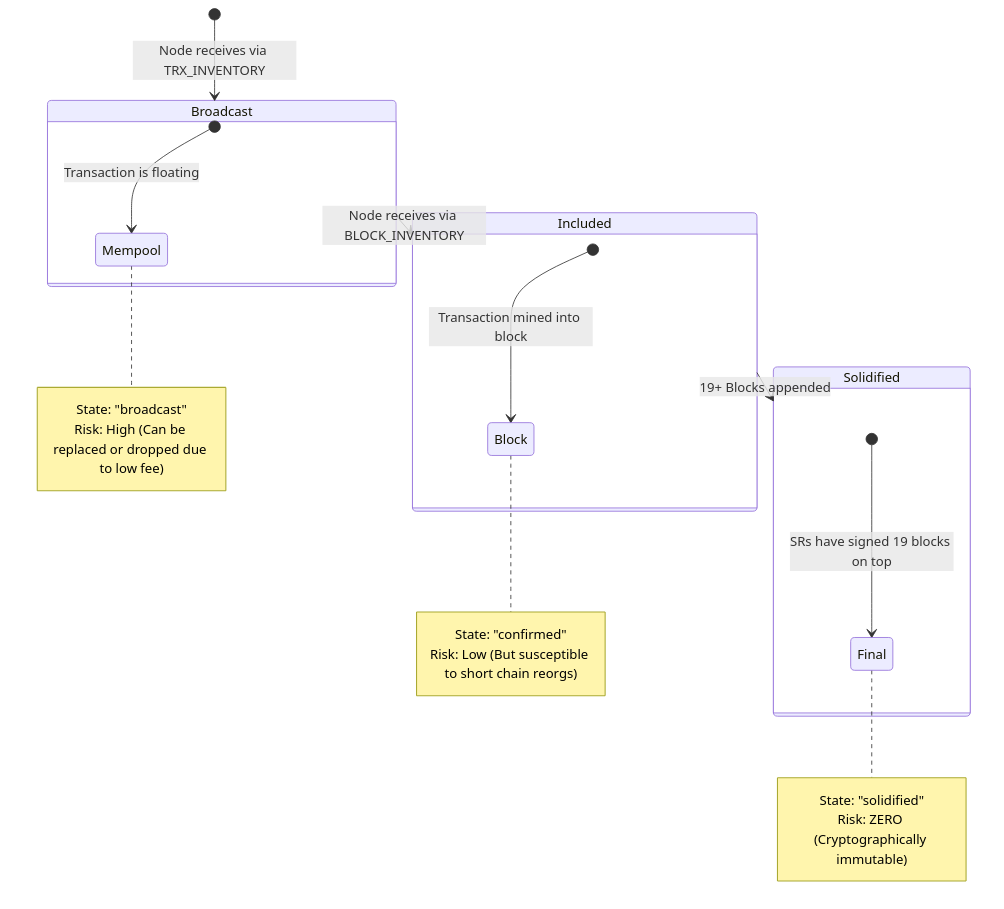
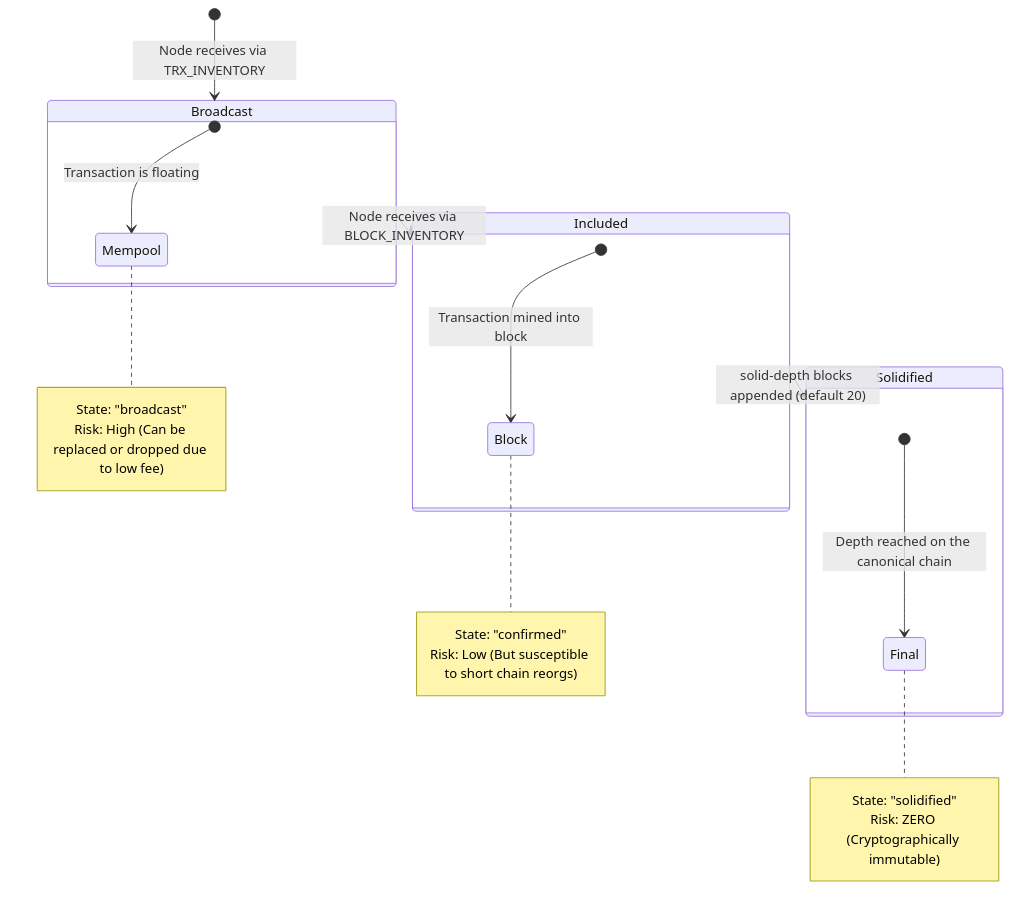
The diagram in rust-node/docs/p2p_architecture.md (vlasenkofedor/tron-event), drawn with Mermaid before and after one commit. The commit also changed 15 other files, not shown here.

````diff
--- a/rust-node/docs/p2p_architecture.md
+++ b/rust-node/docs/p2p_architecture.md
@@ -18,32 +18,32 @@
 ```mermaid
 stateDiagram-v2
     [*] --> Broadcast : Node receives via TRX_INVENTORY
     
     state Broadcast {
         [*] --> Mempool : Transaction is floating
         note right of Mempool
             State: "broadcast"
             Risk: High (Can be replaced or dropped due to low fee)
         end note
     }
     
     Broadcast --> Included : Node receives via BLOCK_INVENTORY
     
     state Included {
         [*] --> Block : Transaction mined into block
         note right of Block
             State: "confirmed"
             Risk: Low (But susceptible to short chain reorgs)
         end note
     }
     
-    Included --> Solidified : 19+ Blocks appended
+    Included --> Solidified : solid-depth blocks appended (default 20)
     
     state Solidified {
-        [*] --> Final : SRs have signed 19 blocks on top
+        [*] --> Final : Depth reached on the canonical chain
         note right of Final
             State: "solidified"
             Risk: ZERO (Cryptographically immutable)
         end note
     }
 ```
````
